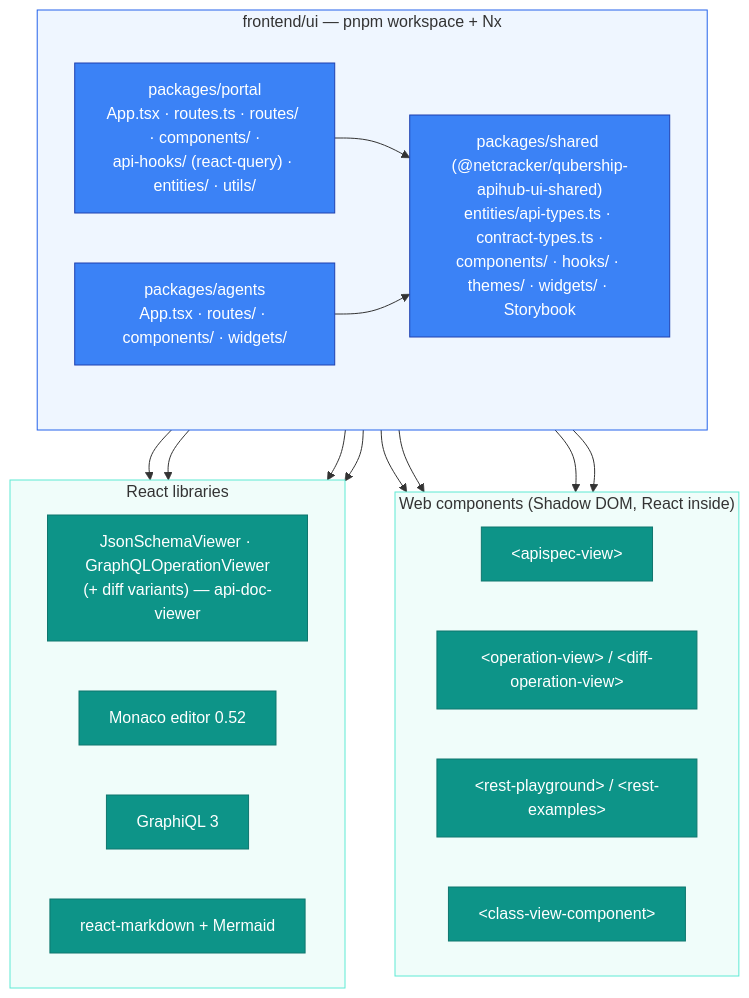
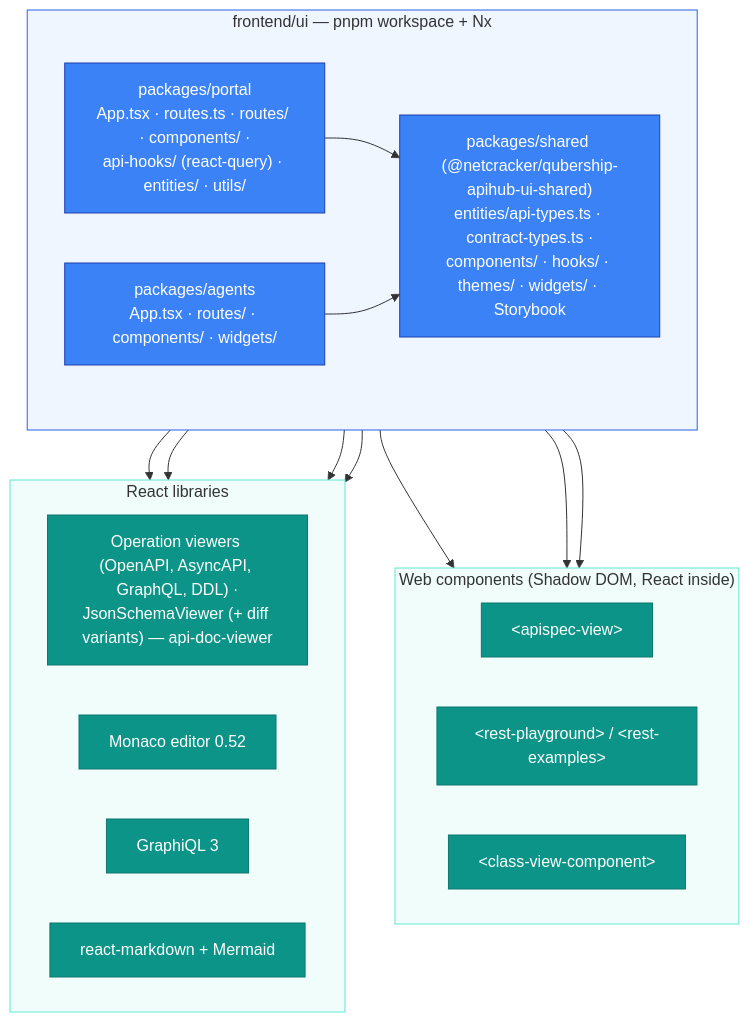
One commit to Netcracker/qubership-apihub changed diagram 19 of 26 in tools/architecture-model/c4/APIHUB_C4_architecture.md. Above: the diagram before and after it, drawn with Mermaid. The commit also changed other lines of this file and 22 other files, not shown here.

First line of the commit message:
docs: describe apispec-view as the whole-document viewer only

````diff
--- a/tools/architecture-model/c4/APIHUB_C4_architecture.md
+++ b/tools/architecture-model/c4/APIHUB_C4_architecture.md
@@ -1127,31 +1127,30 @@
 ```mermaid
 flowchart TB
     subgraph mono ["frontend/ui — pnpm workspace + Nx"]
         direction LR
         portal["packages/portal<br/>App.tsx · routes.ts · routes/ · components/ ·<br/>api-hooks/ (react-query) · entities/ · utils/"]:::comp
         agents["packages/agents<br/>App.tsx · routes/ · components/ · widgets/"]:::comp
         shared["packages/shared (@netcracker/qubership-apihub-ui-shared)<br/>entities/api-types.ts · contract-types.ts ·<br/>components/ · hooks/ · themes/ · widgets/ · Storybook"]:::comp
     end
     subgraph wc ["Web components (Shadow DOM, React inside)"]
         direction LR
         w1["&lt;apispec-view&gt;"]:::lib
-        w2["&lt;operation-view&gt; / &lt;diff-operation-view&gt;"]:::lib
         w3["&lt;rest-playground&gt; / &lt;rest-examples&gt;"]:::lib
         w4["&lt;class-view-component&gt;"]:::lib
     end
     subgraph react ["React libraries"]
         direction LR
-        rv["JsonSchemaViewer · GraphQLOperationViewer<br/>(+ diff variants) — api-doc-viewer"]:::lib
+        rv["Operation viewers (OpenAPI, AsyncAPI, GraphQL, DDL) ·<br/>JsonSchemaViewer (+ diff variants) — api-doc-viewer"]:::lib
         monaco["Monaco editor 0.52"]:::lib
         graphiql["GraphiQL 3"]:::lib
         md["react-markdown + Mermaid"]:::lib
     end
     portal --> shared
     agents --> shared
-    portal --> w1 & w2 & w3 & w4 & rv & monaco & graphiql & md
+    portal --> w1 & w3 & w4 & rv & monaco & graphiql & md
     classDef comp fill:#3b82f6,stroke:#1e40af,color:#fff
     classDef lib fill:#0d9488,stroke:#0f766e,color:#fff
     style mono fill:#eff6ff,stroke:#2563eb
     style wc fill:#f0fdfa,stroke:#5eead4
     style react fill:#f0fdfa,stroke:#5eead4
 ```
````
